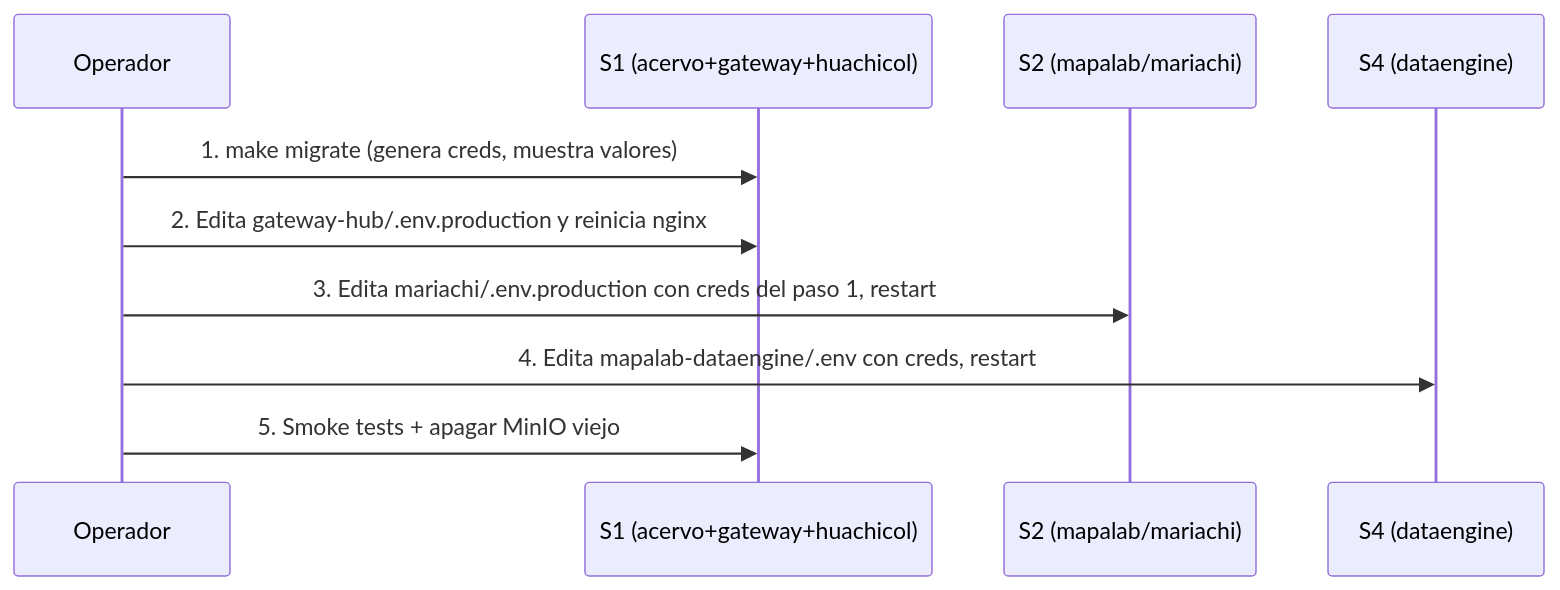
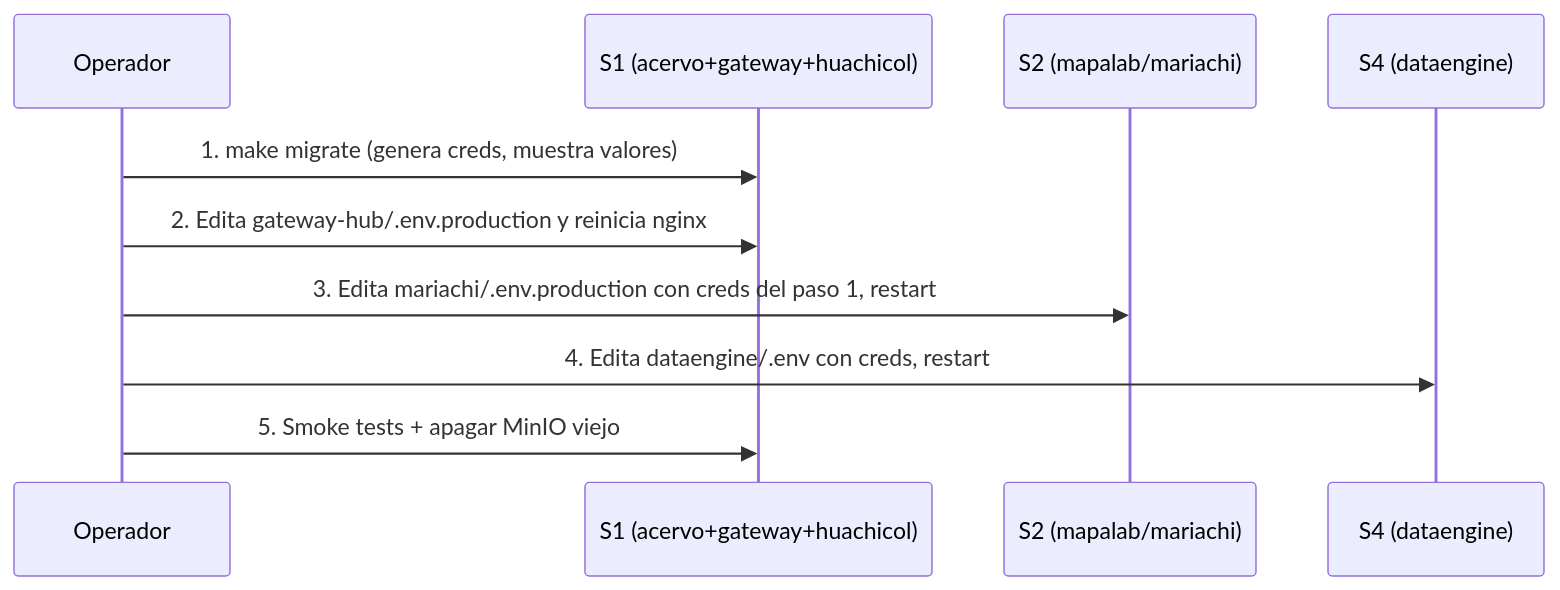
The diagram in docs/migracion-runbook.md (iieg-oficial/acervo), drawn with Mermaid before and after one commit. The commit also changed other lines of this file and 3 other files, not shown here.

````diff
--- a/docs/migracion-runbook.md
+++ b/docs/migracion-runbook.md
@@ -24,13 +24,13 @@
 ```mermaid
 sequenceDiagram
     participant Op as Operador
     participant S1 as S1 (acervo+gateway+huachicol)
     participant S2 as S2 (mapalab/mariachi)
     participant S4 as S4 (dataengine)
 
     Op->>S1: 1. make migrate (genera creds, muestra valores)
     Op->>S1: 2. Edita gateway-hub/.env.production y reinicia nginx
     Op->>S2: 3. Edita mariachi/.env.production con creds del paso 1, restart
-    Op->>S4: 4. Edita mapalab-dataengine/.env con creds, restart
+    Op->>S4: 4. Edita dataengine/.env con creds, restart
     Op->>S1: 5. Smoke tests + apagar MinIO viejo
 ```
````
